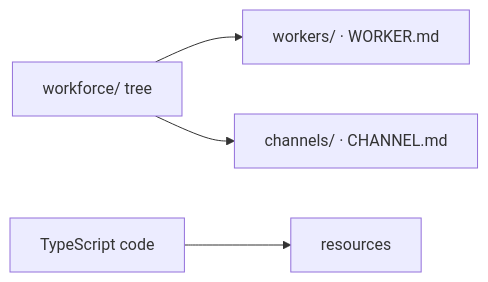
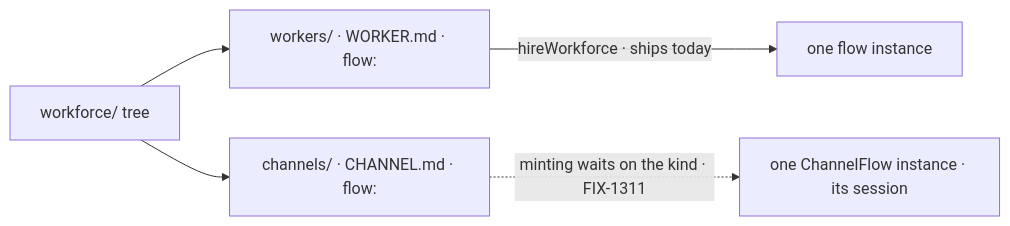
The second of 3 diagrams in spec/FIX-1352.explainer.md (fixpoint-labs/flow-state-dev), drawn with Mermaid before and after one commit. The commit also changed other lines of this file and 1 other file, not shown here.

First line of the commit message:
spec(FIX-1352): fold the ChannelFlow lock, per the owner stamp

````diff
--- a/spec/FIX-1352.explainer.md
+++ b/spec/FIX-1352.explainer.md
@@ -27,6 +26,7 @@
 ```mermaid
 flowchart LR
-  TREE["workforce/ tree"] --> W["workers/ · WORKER.md"]
-  TREE --> CH["channels/ · CHANNEL.md"]
-  CODE["TypeScript code"] --> RES["resources"]
+  TREE["workforce/ tree"] --> W["workers/ · WORKER.md · flow:"]
+  TREE --> CH["channels/ · CHANNEL.md · flow:"]
+  W -->|"hireWorkforce · ships today"| WI["one flow instance"]
+  CH -.->|"minting waits on the kind · FIX-1311"| CI["one ChannelFlow instance · its session"]
 ```
````
